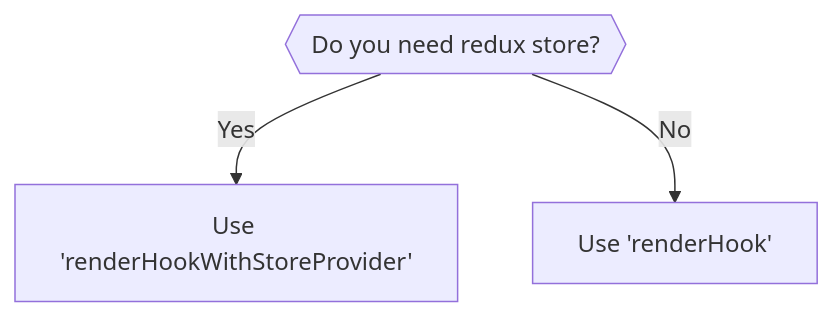
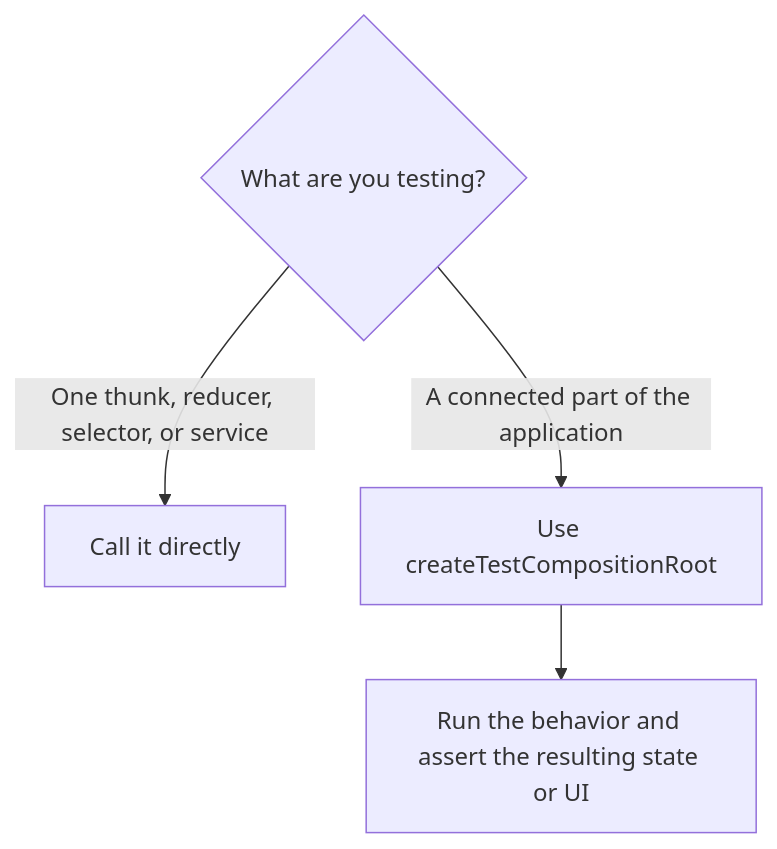
The diagram in docs/tests/suite-common-test-utils.md (trezor/trezor-suite), drawn with Mermaid before and after one commit. The commit also changed other lines of this file and 189 other files, not shown here.

````diff
--- a/docs/tests/suite-common-test-utils.md
+++ b/docs/tests/suite-common-test-utils.md
@@ -86,5 +11,7 @@
 ```mermaid
 flowchart TD
-    A{{Do you need redux store?}} -- Yes --> B[Use 'renderHookWithStoreProvider']
-    A -- No --> C[Use 'renderHook']
+    A{What are you testing?}
+    A -- One thunk, reducer, selector, or service --> B[Call it directly]
+    A -- A connected part of the application --> C[Use createTestCompositionRoot]
+    C --> D[Run the behavior and assert the resulting state or UI]
 ```
````
